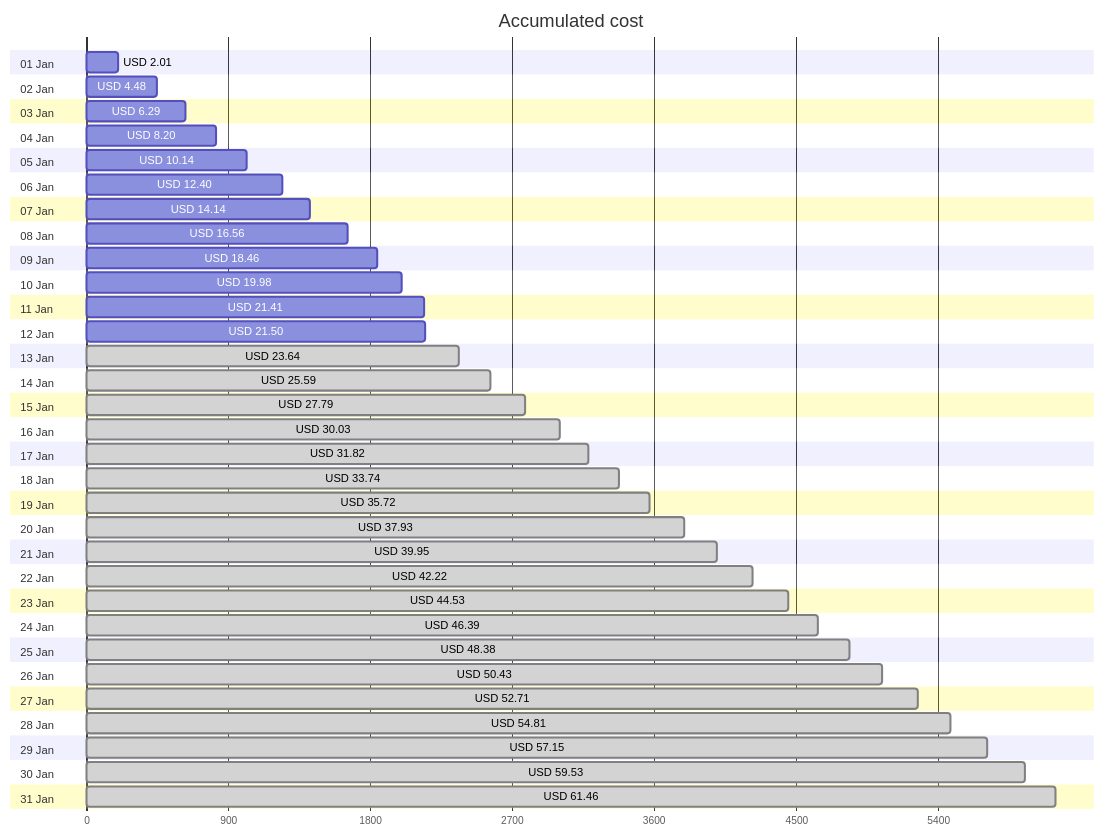
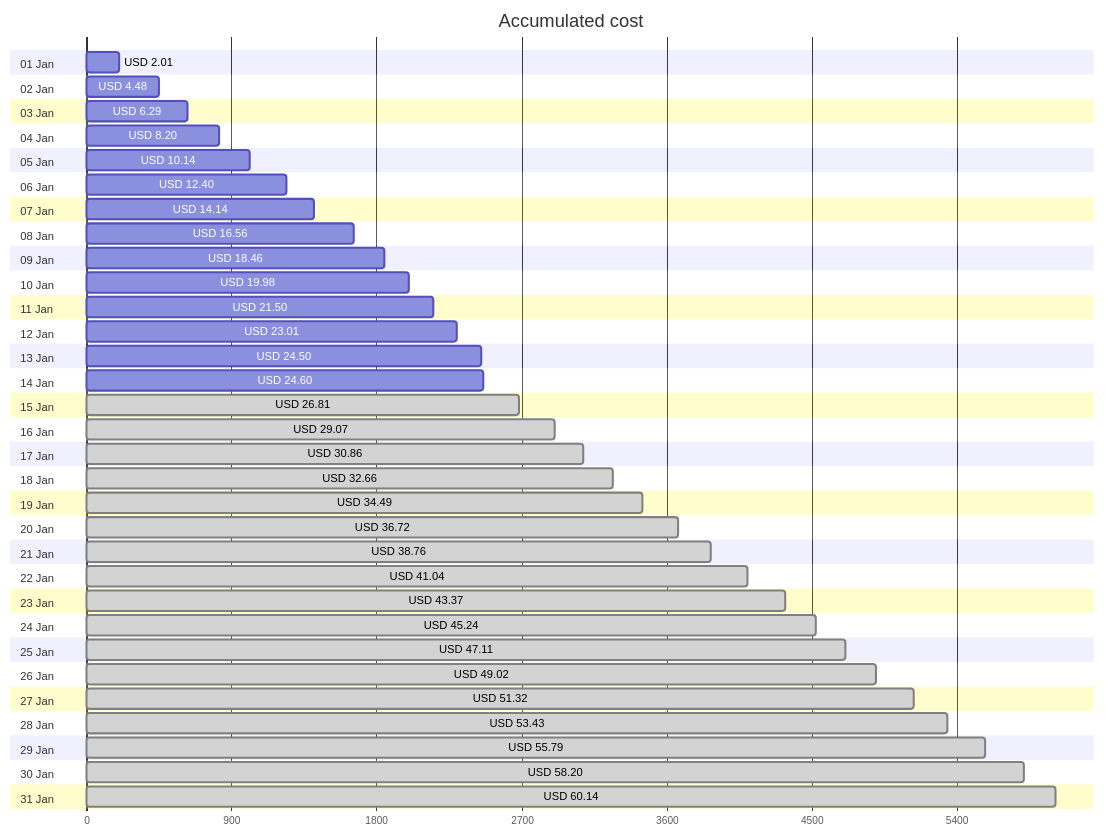
One commit to jpfulton/azure-personal-reports changed the first of 4 diagrams in cost-reports/personal-network/README.md. Above: the diagram before and after it, drawn with Mermaid. The commit also changed other lines of this file and 8 other files, not shown here.

````diff
--- a/cost-reports/personal-network/README.md
+++ b/cost-reports/personal-network/README.md
@@ -20,68 +20,68 @@
 ```mermaid
 gantt
    title Accumulated cost
    dateFormat  X
    axisFormat %s
    section 01 Jan
    USD 2.01 :0, 201
    section 02 Jan
    USD 4.48 :0, 448
    section 03 Jan
    USD 6.29 :0, 629
    section 04 Jan
    USD 8.20 :0, 820
    section 05 Jan
    USD 10.14 :0, 1014
    section 06 Jan
    USD 12.40 :0, 1240
    section 07 Jan
    USD 14.14 :0, 1414
    section 08 Jan
    USD 16.56 :0, 1656
    section 09 Jan
    USD 18.46 :0, 1846
    section 10 Jan
    USD 19.98 :0, 1998
    section 11 Jan
-   USD 21.41 :0, 2141
+   USD 21.50 :0, 2150
    section 12 Jan
-   USD 21.50 :0, 2150
+   USD 23.01 :0, 2301
    section 13 Jan
-   USD 23.64 : done, 0, 2364
+   USD 24.50 :0, 2450
    section 14 Jan
-   USD 25.59 : done, 0, 2559
+   USD 24.60 :0, 2460
    section 15 Jan
-   USD 27.79 : done, 0, 2779
+   USD 26.81 : done, 0, 2681
    section 16 Jan
-   USD 30.03 : done, 0, 3003
+   USD 29.07 : done, 0, 2907
    section 17 Jan
-   USD 31.82 : done, 0, 3182
+   USD 30.86 : done, 0, 3086
    section 18 Jan
-   USD 33.74 : done, 0, 3374
+   USD 32.66 : done, 0, 3266
    section 19 Jan
-   USD 35.72 : done, 0, 3572
+   USD 34.49 : done, 0, 3449
    section 20 Jan
-   USD 37.93 : done, 0, 3793
+   USD 36.72 : done, 0, 3672
    section 21 Jan
-   USD 39.95 : done, 0, 3995
+   USD 38.76 : done, 0, 3876
    section 22 Jan
-   USD 42.22 : done, 0, 4222
+   USD 41.04 : done, 0, 4104
    section 23 Jan
-   USD 44.53 : done, 0, 4453
+   USD 43.37 : done, 0, 4337
    section 24 Jan
-   USD 46.39 : done, 0, 4639
+   USD 45.24 : done, 0, 4524
    section 25 Jan
-   USD 48.38 : done, 0, 4838
+   USD 47.11 : done, 0, 4711
    section 26 Jan
-   USD 50.43 : done, 0, 5043
+   USD 49.02 : done, 0, 4902
    section 27 Jan
-   USD 52.71 : done, 0, 5271
+   USD 51.32 : done, 0, 5132
    section 28 Jan
-   USD 54.81 : done, 0, 5481
+   USD 53.43 : done, 0, 5343
    section 29 Jan
-   USD 57.15 : done, 0, 5715
+   USD 55.79 : done, 0, 5579
    section 30 Jan
-   USD 59.53 : done, 0, 5953
+   USD 58.20 : done, 0, 5820
    section 31 Jan
-   USD 61.46 : done, 0, 6146
+   USD 60.14 : done, 0, 6014
 ```
````
